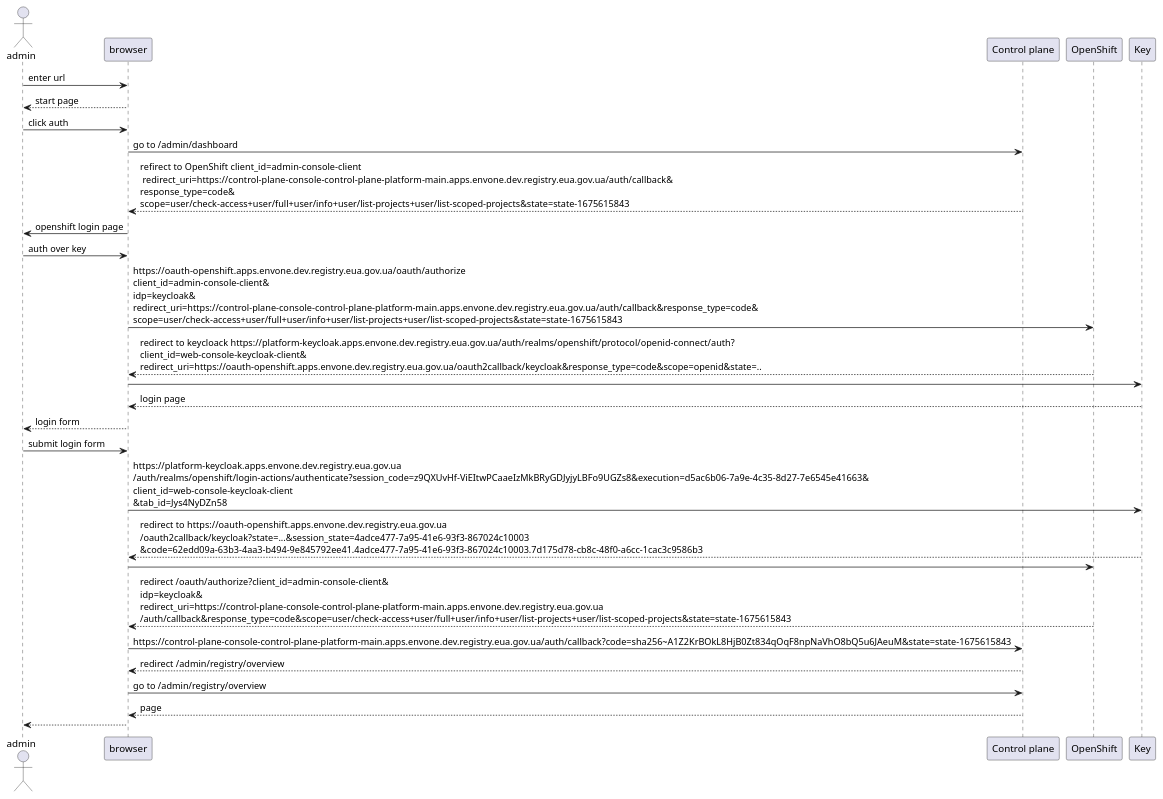
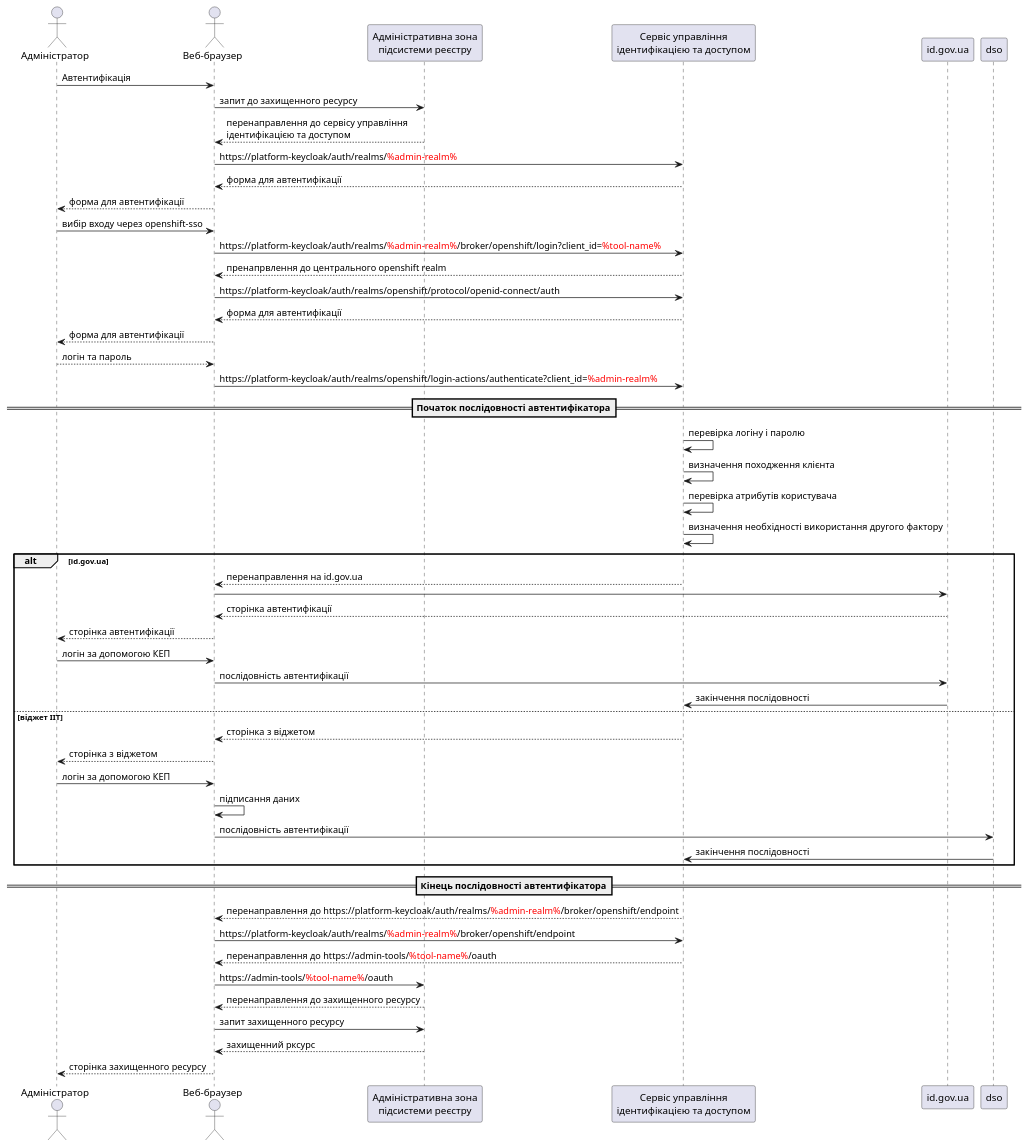
The fourth of 4 diagrams in modules/arch/pages/architecture-workspace/platform-evolution/certificate-admin-login.adoc (epam/edp-ddm-architecture), drawn with PlantUML before and after one commit. The commit also changed other lines of this file, not shown here.

Commit message:
[EDP-DDM-22963] Admin login with certificate transition design

```diff
--- a/modules/arch/pages/architecture-workspace/platform-evolution/certificate-admin-login.adoc
+++ b/modules/arch/pages/architecture-workspace/platform-evolution/certificate-admin-login.adoc
@@ -226,30 +147,53 @@
 [plantuml]
 ----
-actor "admin" as admin
-participant "browser" as browser
-participant "Control plane" as cp
-participant "OpenShift" as os
-participant "Key" as key
-admin -> browser: enter url
-return start page
-admin -> browser: click auth
-browser -> cp: go to /admin/dashboard
-return refirect to OpenShift  client_id=admin-console-client \n redirect_uri=https://control-plane-console-control-plane-platform-main.apps.envone.dev.registry.eua.gov.ua/auth/callback&\nresponse_type=code&\nscope=user/check-access+user/full+user/info+user/list-projects+user/list-scoped-projects&state=state-1675615843
-browser -> admin: openshift login page
-admin -> browser: auth over key
-browser -> os: https://oauth-openshift.apps.envone.dev.registry.eua.gov.ua/oauth/authorize\nclient_id=admin-console-client&\nidp=keycloak&\nredirect_uri=https://control-plane-console-control-plane-platform-main.apps.envone.dev.registry.eua.gov.ua/auth/callback&response_type=code&\nscope=user/check-access+user/full+user/info+user/list-projects+user/list-scoped-projects&state=state-1675615843
-return redirect to keycloack https://platform-keycloak.apps.envone.dev.registry.eua.gov.ua/auth/realms/openshift/protocol/openid-connect/auth?\nclient_id=web-console-keycloak-client&\nredirect_uri=https://oauth-openshift.apps.envone.dev.registry.eua.gov.ua/oauth2callback/keycloak&response_type=code&scope=openid&state=..
-browser -> key
-return login page
-browser --> admin: login form
-admin -> browser: submit login form
-browser -> key: https://platform-keycloak.apps.envone.dev.registry.eua.gov.ua\n/auth/realms/openshift/login-actions/authenticate?session_code=z9QXUvHf-ViEItwPCaaeIzMkBRyGDJyjyLBFo9UGZs8&execution=d5ac6b06-7a9e-4c35-8d27-7e6545e41663&\nclient_id=web-console-keycloak-client\n&tab_id=Jys4NyDZn58
-return redirect to https://oauth-openshift.apps.envone.dev.registry.eua.gov.ua\n/oauth2callback/keycloak?state=...&session_state=4adce477-7a95-41e6-93f3-867024c10003\n&code=62edd09a-63b3-4aa3-b494-9e845792ee41.4adce477-7a95-41e6-93f3-867024c10003.7d175d78-cb8c-48f0-a6cc-1cac3c9586b3
-browser -> os
-return redirect /oauth/authorize?client_id=admin-console-client&\nidp=keycloak&\nredirect_uri=https://control-plane-console-control-plane-platform-main.apps.envone.dev.registry.eua.gov.ua\n/auth/callback&response_type=code&scope=user/check-access+user/full+user/info+user/list-projects+user/list-scoped-projects&state=state-1675615843
-browser -> cp: https://control-plane-console-control-plane-platform-main.apps.envone.dev.registry.eua.gov.ua/auth/callback?code=sha256~A1Z2KrBOkL8HjB0Zt834qOqF8npNaVhO8bQ5u6JAeuM&state=state-1675615843
-return redirect /admin/registry/overview
-browser -> cp: go to /admin/registry/overview
-return page
-browser --> admin
+actor "Адміністратор" as admin
+actor "Веб-браузер" as browser
+participant "Адміністративна зона\nпідсистеми реєстру" as admin_tool
+participant "Сервіс управління\nідентифікацією та доступом" as key
+
+admin -> browser: Автентифікація
+browser -> admin_tool: запит до захищенного ресурсу
+return перенаправлення до сервісу управління\nідентифікацією та доступом
+browser -> key: https://platform-keycloak/auth/realms/<color:red>%admin-realm%</color>
+return форма для автентифікації
+browser --> admin: форма для автентифікації
+admin -> browser: вибір входу через openshift-sso
+browser -> key: https://platform-keycloak/auth/realms/<color:red>%admin-realm%</color>/broker/openshift/login?client_id=<color:red>%tool-name%</color>
+return пренапрвлення до центрального openshift realm
+browser -> key: https://platform-keycloak/auth/realms/openshift/protocol/openid-connect/auth
+return форма для автентифікації
+browser --> admin: форма для автентифікації
+admin --> browser: логін та пароль
+browser -> key: https://platform-keycloak/auth/realms/openshift/login-actions/authenticate?client_id=<color:red>%admin-realm%</color>
+==Початок послідовності автентифікатора==
+key -> key: перевірка логіну і паролю
+key -> key: визначення походження клієнта
+key -> key: перевірка атрибутів користувача
+key -> key: визначення необхідності використання другого фактору
+alt id.gov.ua
+key --> browser: перенаправлення на id.gov.ua
+browser -> id.gov.ua
+id.gov.ua --> browser: сторінка автентифікації
+browser --> admin: сторінка автентифікації
+admin -> browser: логін за допомогою КЕП
+browser -> id.gov.ua: послідовність автентифікації
+id.gov.ua -> key: закінчення послідовності
+else віджет ІІТ
+key --> browser: сторінка з віджетом
+browser --> admin: сторінка з віджетом
+admin -> browser: логін за допомогою КЕП
+browser -> browser: підписання даних
+browser -> dso: послідовність автентифікації
+dso -> key: закінчення послідовності
+end
+
+==Кінець послідовності автентифікатора==
+key --> browser: перенаправлення до https://platform-keycloak/auth/realms/<color:red>%admin-realm%</color>/broker/openshift/endpoint
+browser -> key: https://platform-keycloak/auth/realms/<color:red>%admin-realm%</color>/broker/openshift/endpoint
+return перенаправлення до https://admin-tools/<color:red>%tool-name%</color>/oauth
+browser -> admin_tool: https://admin-tools/<color:red>%tool-name%</color>/oauth
+return  перенаправлення до захищенного ресурсу
+browser -> admin_tool: запит захищенного ресурсу
+return захищенний рксурс
+browser --> admin: сторінка захищенного ресурсу
 ----
```
